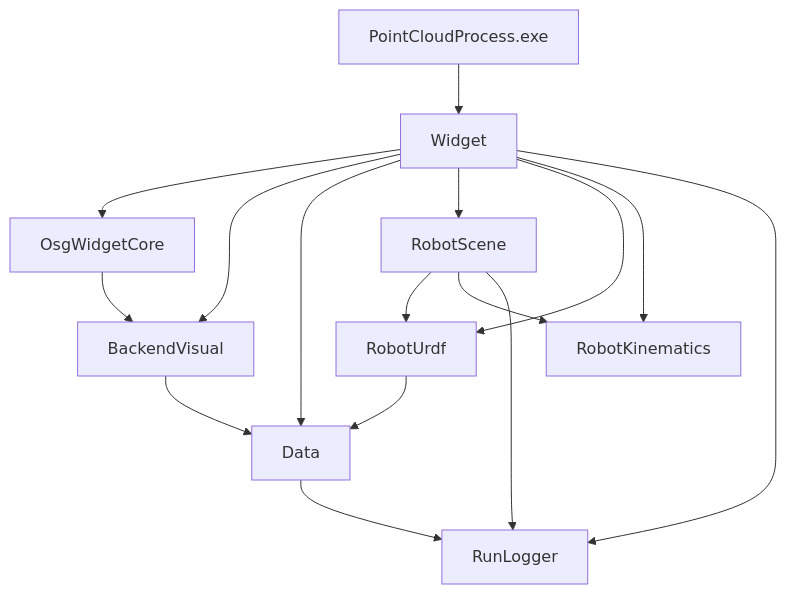
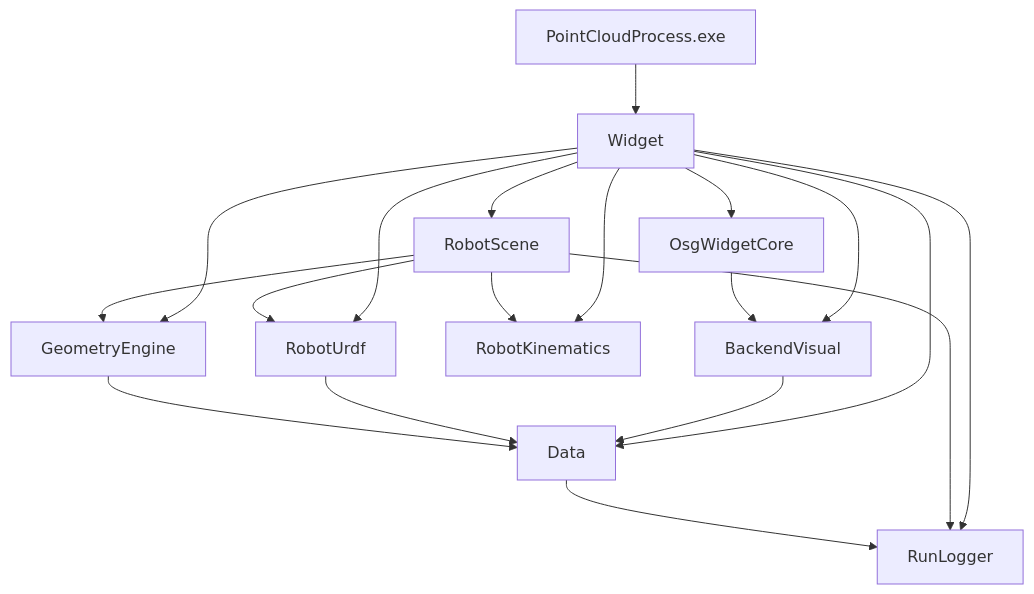
The diagram in docs/MODULE_DEVELOPER_GUIDES.md (sanmunejdn/CloudSim), drawn with Mermaid before and after one commit. The commit also changed other lines of this file and 14 other files, not shown here.

````diff
--- a/docs/MODULE_DEVELOPER_GUIDES.md
+++ b/docs/MODULE_DEVELOPER_GUIDES.md
@@ -19,16 +20,19 @@
 ```mermaid
 flowchart TB
   EXE[PointCloudProcess.exe] --> W[Widget]
   W --> O[OsgWidgetCore]
   W --> BV[BackendVisual]
   W --> D[Data]
   W --> RS[RobotScene]
   W --> RU[RobotUrdf]
   W --> RK[RobotKinematics]
+  W --> GE[GeometryEngine]
   W --> RL[RunLogger]
   O --> BV --> D
+  RS --> GE
   RS --> RU --> D
   RS --> RK
   RS --> RL
+  GE --> D
   D --> RL
 ```
````
